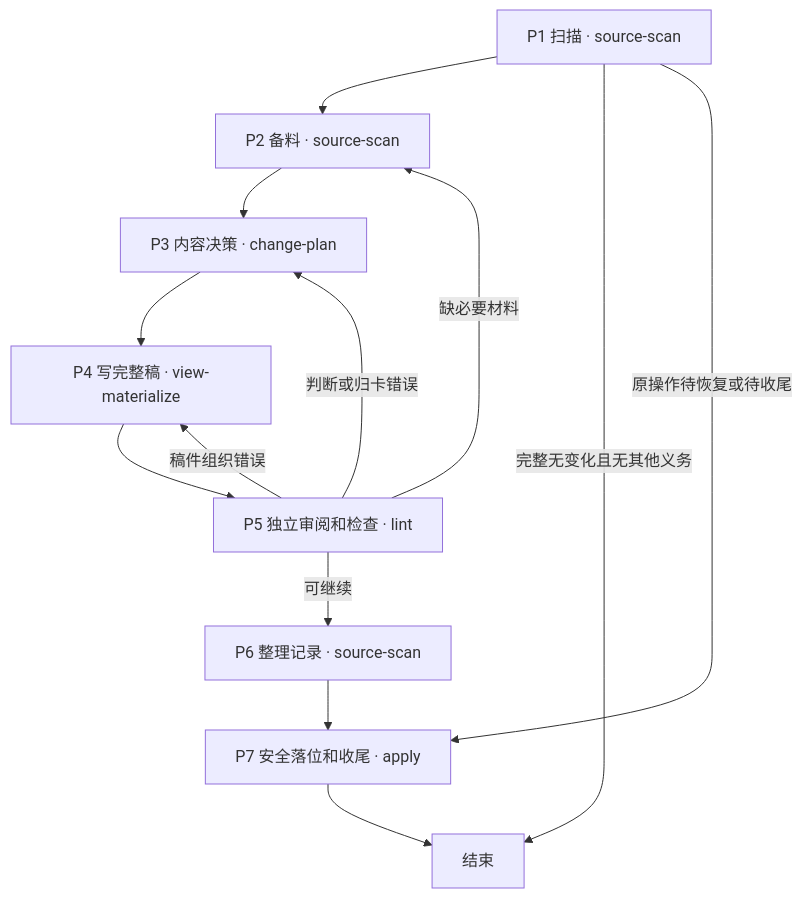
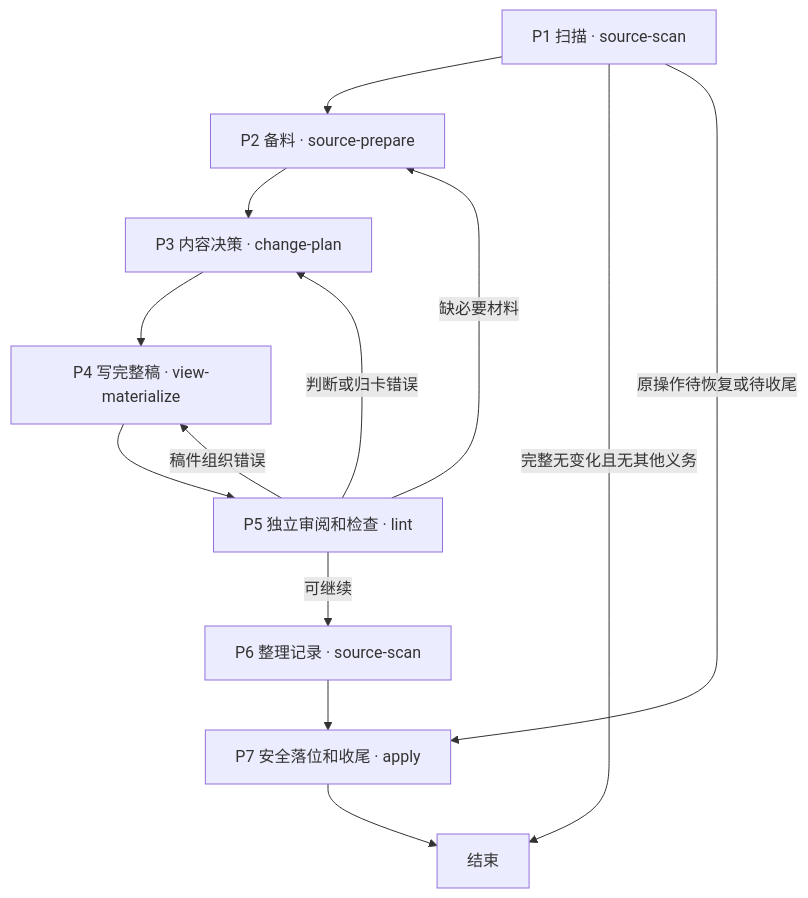
The first of 2 diagrams in ingest七阶段重构SDD计划.md (Robin-hhc/FactumCore), drawn with Mermaid before and after one commit. The commit also changed other lines of this file and 7 other files, not shown here.

````diff
--- a/ingest七阶段重构SDD计划.md
+++ b/ingest七阶段重构SDD计划.md
@@ -53,15 +53,15 @@
 ```mermaid
 flowchart TD
-    P1["P1 扫描 · source-scan"] --> P2["P2 备料 · source-scan"]
+    P1["P1 扫描 · source-scan"] --> P2["P2 备料 · source-prepare"]
     P2 --> P3["P3 内容决策 · change-plan"]
     P3 --> P4["P4 写完整稿 · view-materialize"]
     P4 --> P5["P5 独立审阅和检查 · lint"]
     P5 -->|"可继续"| P6["P6 整理记录 · source-scan"]
     P6 --> P7["P7 安全落位和收尾 · apply"]
     P1 -->|"完整无变化且无其他义务"| DONE["结束"]
     P1 -->|"原操作待恢复或待收尾"| P7
     P5 -->|"缺必要材料"| P2
     P5 -->|"判断或归卡错误"| P3
     P5 -->|"稿件组织错误"| P4
     P7 --> DONE
 ```
````
